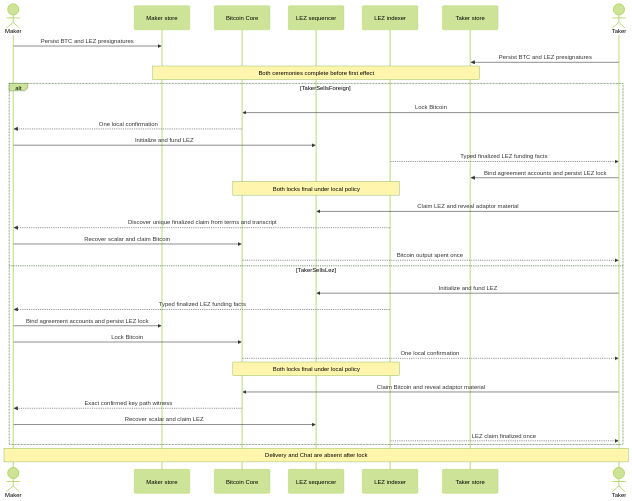
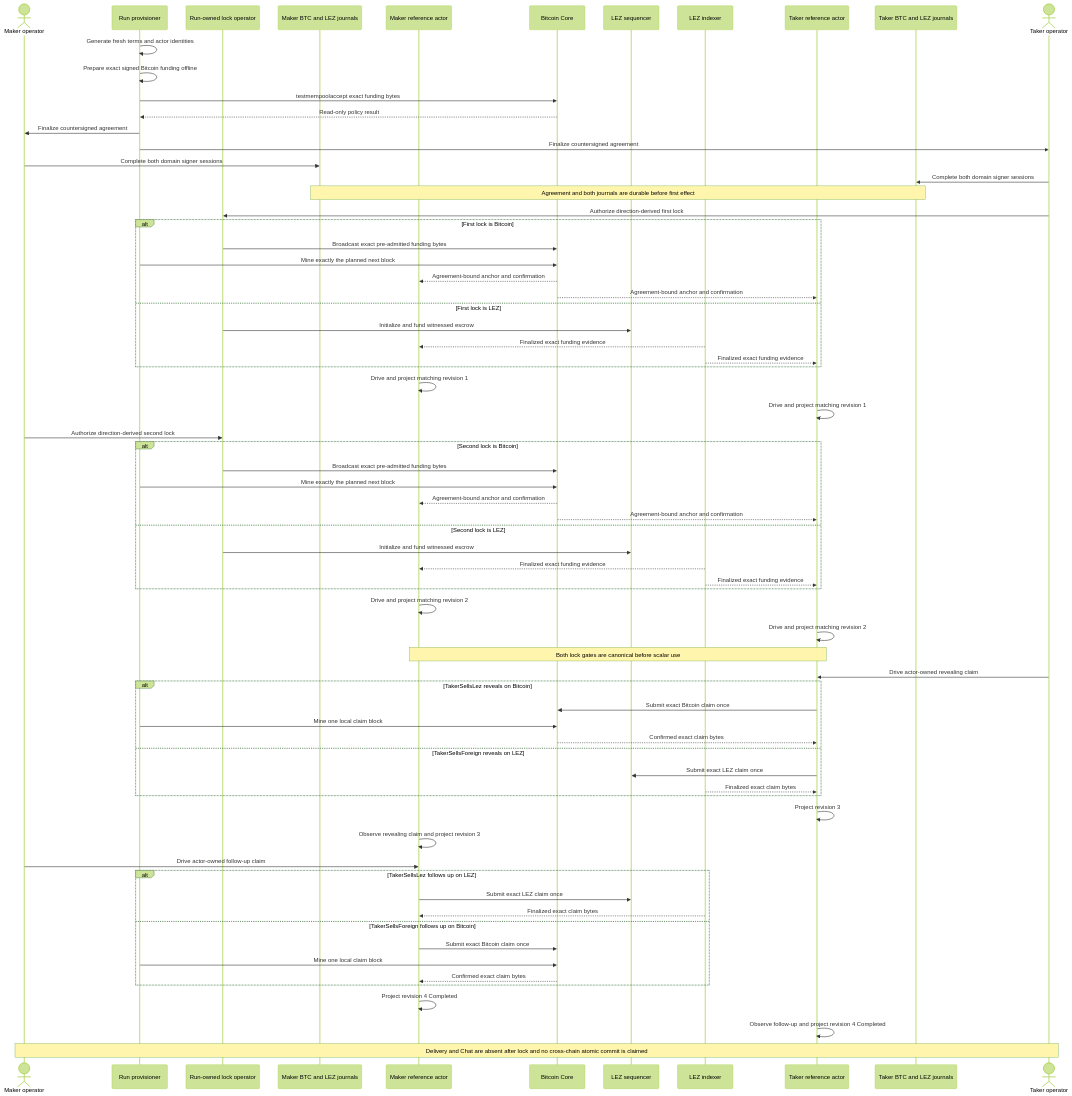
The third of 16 diagrams in docs/architecture/system-architecture.md (gateway-fm/lez-atomic-swaps), drawn with Mermaid (forest theme) before and after one commit. The commit also changed other lines of this file and 14 other files, not shown here.

````diff
--- a/docs/architecture/system-architecture.md
+++ b/docs/architecture/system-architecture.md
@@ -141,38 +199,74 @@
 ```mermaid
 sequenceDiagram
-    actor Maker
-    participant MakerStore as Maker store
+    actor Maker as Maker operator
+    participant Provisioner as Run provisioner
+    participant Locks as Run-owned lock operator
+    participant MakerJournal as Maker BTC and LEZ journals
+    participant MakerActor as Maker reference actor
     participant Core as Bitcoin Core
-    participant Lez as LEZ sequencer
+    participant Sequencer as LEZ sequencer
     participant Indexer as LEZ indexer
-    participant TakerStore as Taker store
-    actor Taker
+    participant TakerActor as Taker reference actor
+    participant TakerJournal as Taker BTC and LEZ journals
+    actor Taker as Taker operator
 
-    Maker->>MakerStore: Persist BTC and LEZ presignatures
-    Taker->>TakerStore: Persist BTC and LEZ presignatures
-    Note over MakerStore,TakerStore: Both ceremonies complete before first effect
-    alt TakerSellsForeign
-        Taker->>Core: Lock Bitcoin
-        Core-->>Maker: One local confirmation
-        Maker->>Lez: Initialize and fund LEZ
-        Indexer-->>Taker: Typed finalized LEZ funding facts
-        Taker->>TakerStore: Bind agreement accounts and persist LEZ lock
-        Note over Core,Indexer: Both locks final under local policy
-        Taker->>Lez: Claim LEZ and reveal adaptor material
-        Indexer-->>Maker: Discover unique finalized claim from terms and transcript
-        Maker->>Core: Recover scalar and claim Bitcoin
-        Core-->>Taker: Bitcoin output spent once
-    else TakerSellsLez
-        Taker->>Lez: Initialize and fund LEZ
-        Indexer-->>Maker: Typed finalized LEZ funding facts
-        Maker->>MakerStore: Bind agreement accounts and persist LEZ lock
-        Maker->>Core: Lock Bitcoin
-        Core-->>Taker: One local confirmation
-        Note over Core,Indexer: Both locks final under local policy
-        Taker->>Core: Claim Bitcoin and reveal adaptor material
-        Core-->>Maker: Exact confirmed key path witness
-        Maker->>Lez: Recover scalar and claim LEZ
-        Indexer-->>Taker: LEZ claim finalized once
+    Provisioner->>Provisioner: Generate fresh terms and actor identities
+    Provisioner->>Provisioner: Prepare exact signed Bitcoin funding offline
+    Provisioner->>Core: testmempoolaccept exact funding bytes
+    Core-->>Provisioner: Read-only policy result
+    Provisioner->>Maker: Finalize countersigned agreement
+    Provisioner->>Taker: Finalize countersigned agreement
+    Maker->>MakerJournal: Complete both domain signer sessions
+    Taker->>TakerJournal: Complete both domain signer sessions
+    Note over MakerJournal,TakerJournal: Agreement and both journals are durable before first effect
+    Taker->>Locks: Authorize direction-derived first lock
+    alt First lock is Bitcoin
+        Locks->>Core: Broadcast exact pre-admitted funding bytes
+        Provisioner->>Core: Mine exactly the planned next block
+        Core-->>MakerActor: Agreement-bound anchor and confirmation
+        Core-->>TakerActor: Agreement-bound anchor and confirmation
+    else First lock is LEZ
+        Locks->>Sequencer: Initialize and fund witnessed escrow
+        Indexer-->>MakerActor: Finalized exact funding evidence
+        Indexer-->>TakerActor: Finalized exact funding evidence
     end
-    Note over Maker,Taker: Delivery and Chat are absent after lock
+    MakerActor->>MakerActor: Drive and project matching revision 1
+    TakerActor->>TakerActor: Drive and project matching revision 1
+    Maker->>Locks: Authorize direction-derived second lock
+    alt Second lock is Bitcoin
+        Locks->>Core: Broadcast exact pre-admitted funding bytes
+        Provisioner->>Core: Mine exactly the planned next block
+        Core-->>MakerActor: Agreement-bound anchor and confirmation
+        Core-->>TakerActor: Agreement-bound anchor and confirmation
+    else Second lock is LEZ
+        Locks->>Sequencer: Initialize and fund witnessed escrow
+        Indexer-->>MakerActor: Finalized exact funding evidence
+        Indexer-->>TakerActor: Finalized exact funding evidence
+    end
+    MakerActor->>MakerActor: Drive and project matching revision 2
+    TakerActor->>TakerActor: Drive and project matching revision 2
+    Note over MakerActor,TakerActor: Both lock gates are canonical before scalar use
+    Taker->>TakerActor: Drive actor-owned revealing claim
+    alt TakerSellsLez reveals on Bitcoin
+        TakerActor->>Core: Submit exact Bitcoin claim once
+        Provisioner->>Core: Mine one local claim block
+        Core-->>TakerActor: Confirmed exact claim bytes
+    else TakerSellsForeign reveals on LEZ
+        TakerActor->>Sequencer: Submit exact LEZ claim once
+        Indexer-->>TakerActor: Finalized exact claim bytes
+    end
+    TakerActor->>TakerActor: Project revision 3
+    MakerActor->>MakerActor: Observe revealing claim and project revision 3
+    Maker->>MakerActor: Drive actor-owned follow-up claim
+    alt TakerSellsLez follows up on LEZ
+        MakerActor->>Sequencer: Submit exact LEZ claim once
+        Indexer-->>MakerActor: Finalized exact claim bytes
+    else TakerSellsForeign follows up on Bitcoin
+        MakerActor->>Core: Submit exact Bitcoin claim once
+        Provisioner->>Core: Mine one local claim block
+        Core-->>MakerActor: Confirmed exact claim bytes
+    end
+    MakerActor->>MakerActor: Project revision 4 Completed
+    TakerActor->>TakerActor: Observe follow-up and project revision 4 Completed
+    Note over Maker,Taker: Delivery and Chat are absent after lock and no cross-chain atomic commit is claimed
 ```
````
